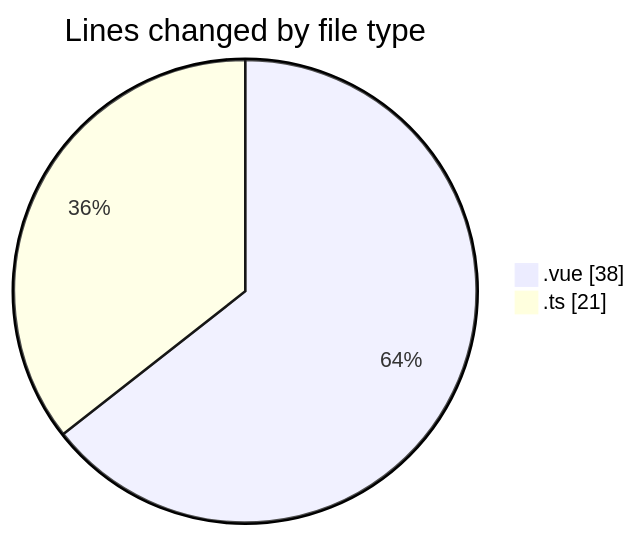
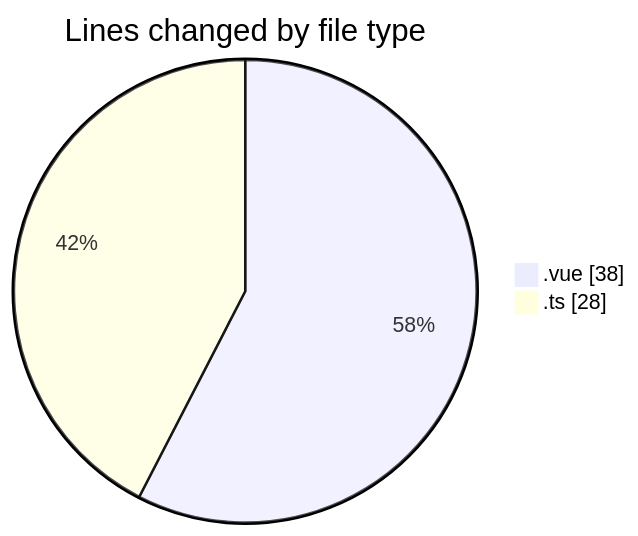
One commit to lephambinh05/code-tracking changed the first of 2 diagrams in 2025-08-19/rentotp/README.md. Above: the diagram before and after it, drawn with Mermaid. The commit also changed other lines of this file and 1 other file, not shown here.

````diff
--- a/2025-08-19/rentotp/README.md
+++ b/2025-08-19/rentotp/README.md
@@ -24,6 +24,6 @@
 ```mermaid
 pie showData
 title Lines changed by file type
 ".vue" : 38
-".ts" : 21
+".ts" : 28
 ```
````
